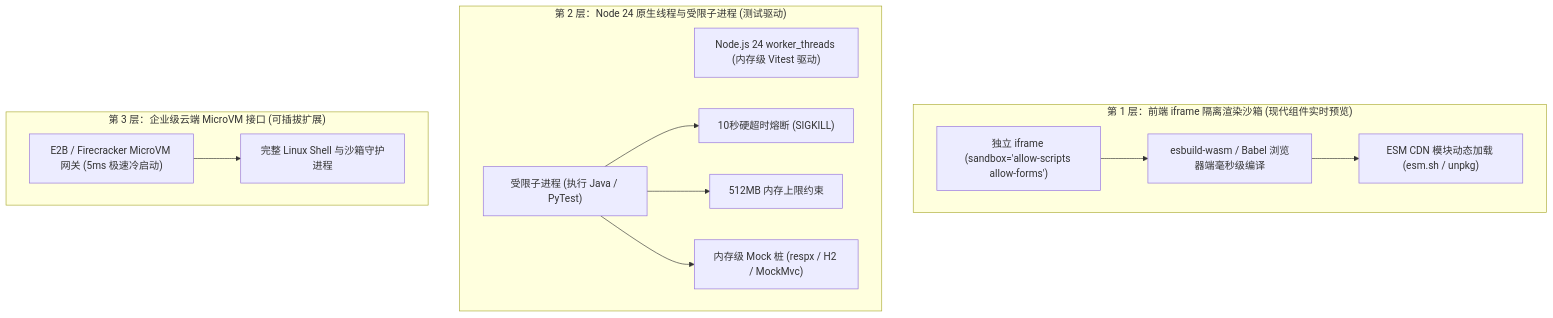
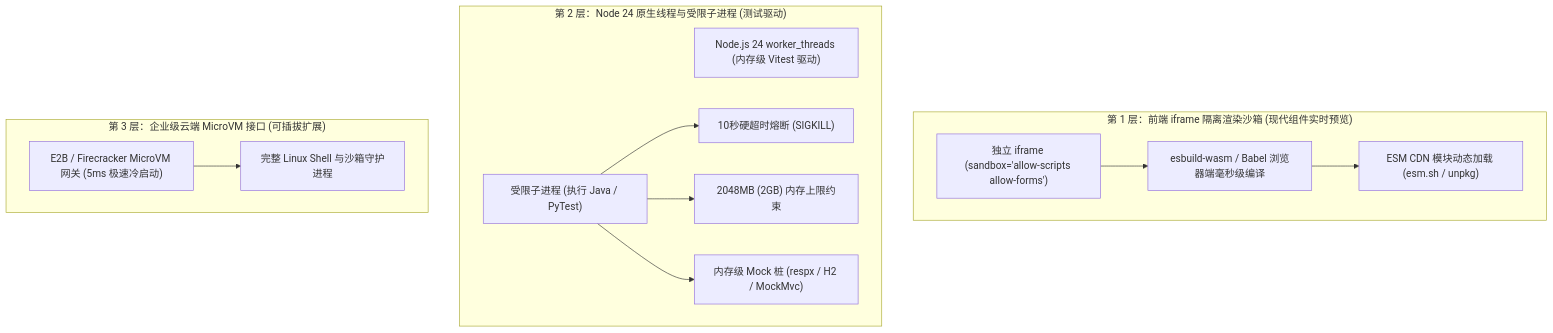
Before and after one commit to SakuraCianna/LegacyCodeModernizer: the fourth of 6 diagrams in docs/zh/architecture.md, drawn with Mermaid. The commit also changed other lines of this file and 1 other file, not shown here.

Commit message:
docs: 调高沙箱单任务内存上限预算至 2048MB (2GB)

````diff
--- a/docs/zh/architecture.md
+++ b/docs/zh/architecture.md
@@ -169,27 +169,27 @@
 ```mermaid
 graph TD
     subgraph Tier1_Client ["第 1 层：前端 iframe 隔离渲染沙箱 (现代组件实时预览)"]
         Iframe["独立 iframe (sandbox='allow-scripts allow-forms')"]
         EsbuildWasm["esbuild-wasm / Babel 浏览器端毫秒级编译"]
         EsmCDN["ESM CDN 模块动态加载 (esm.sh / unpkg)"]
         Iframe --> EsbuildWasm
         EsbuildWasm --> EsmCDN
     end
 
     subgraph Tier2_Backend ["第 2 层：Node 24 原生线程与受限子进程 (测试驱动)"]
         NodeWorkers["Node.js 24 worker_threads (内存级 Vitest 驱动)"]
         GuardedProcess["受限子进程 (执行 Java / PyTest)"]
         TimeoutGuard["10秒硬超时熔断 (SIGKILL)"]
-        MemoryCap["512MB 内存上限约束"]
+        MemoryCap["2048MB (2GB) 内存上限约束"]
         MockStubs["内存级 Mock 桩 (respx / H2 / MockMvc)"]
         GuardedProcess --> TimeoutGuard
         GuardedProcess --> MemoryCap
         GuardedProcess --> MockStubs
     end
 
     subgraph Tier3_Enterprise ["第 3 层：企业级云端 MicroVM 接口 (可插拔扩展)"]
         E2B_Adapter["E2B / Firecracker MicroVM 网关 (5ms 极速冷启动)"]
         FullCLI["完整 Linux Shell 与沙箱守护进程"]
         E2B_Adapter --> FullCLI
     end
 ```
````
